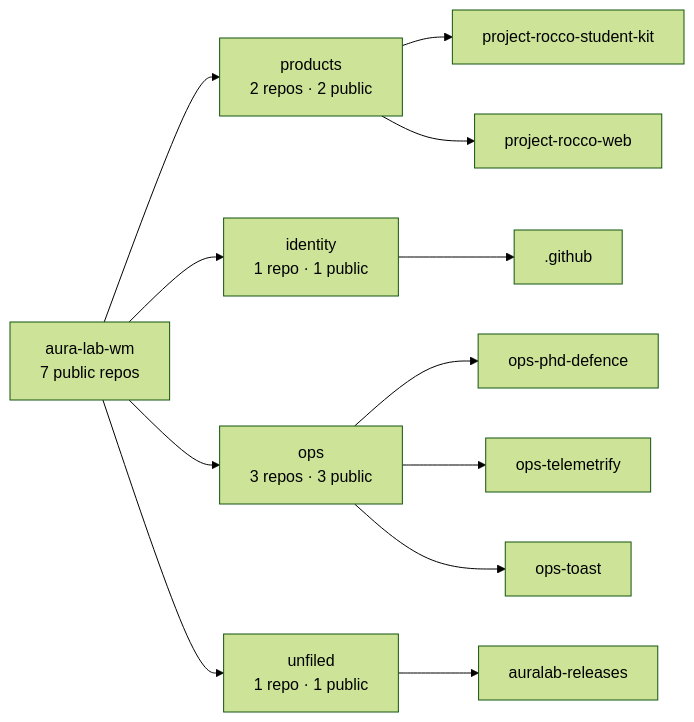
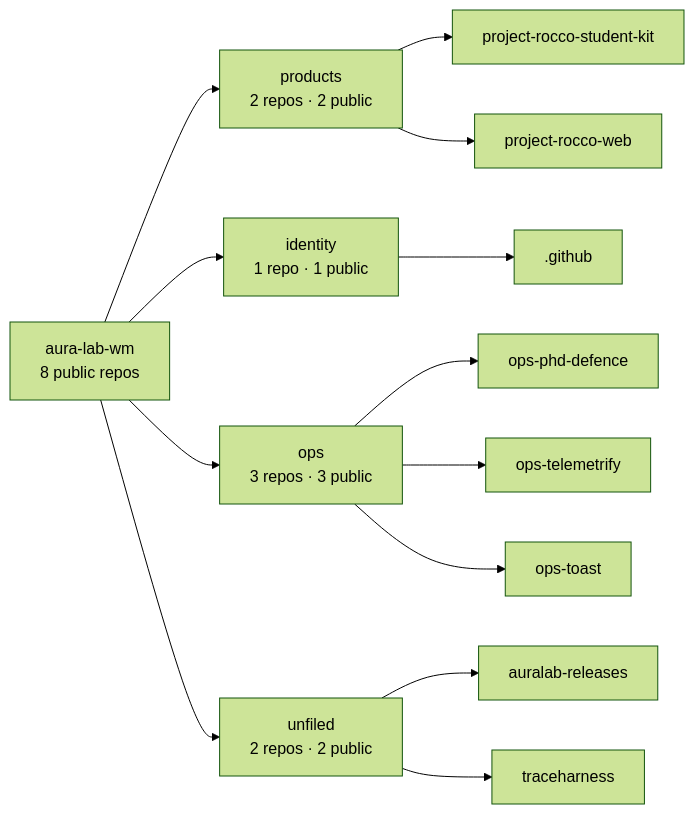
Before and after one commit to aura-lab-wm/.github: the diagram in profile/README.md, drawn with Mermaid (forest theme). The commit also changed other lines of this file, not shown here.

Commit message:
Repository map: refresh from the live org [skip ci]

````diff
--- a/profile/README.md
+++ b/profile/README.md
@@ -92,15 +92,16 @@
 ```mermaid
 flowchart LR
-  ORG["aura-lab-wm<br/>7 public repos"]
+  ORG["aura-lab-wm<br/>8 public repos"]
   ORG --> PRODUCTS["products<br/>2 repos · 2 public"]
   PRODUCTS --> PRODUCTS_0["project-rocco-student-kit"]
   PRODUCTS --> PRODUCTS_1["project-rocco-web"]
   ORG --> IDENTITY["identity<br/>1 repo · 1 public"]
   IDENTITY --> IDENTITY_0[".github"]
   ORG --> OPS["ops<br/>3 repos · 3 public"]
   OPS --> OPS_0["ops-phd-defence"]
   OPS --> OPS_1["ops-telemetrify"]
   OPS --> OPS_2["ops-toast"]
-  ORG --> UNFILED["unfiled<br/>1 repo · 1 public"]
+  ORG --> UNFILED["unfiled<br/>2 repos · 2 public"]
   UNFILED --> UNFILED_0["auralab-releases"]
+  UNFILED --> UNFILED_1["traceharness"]
 ```
````
